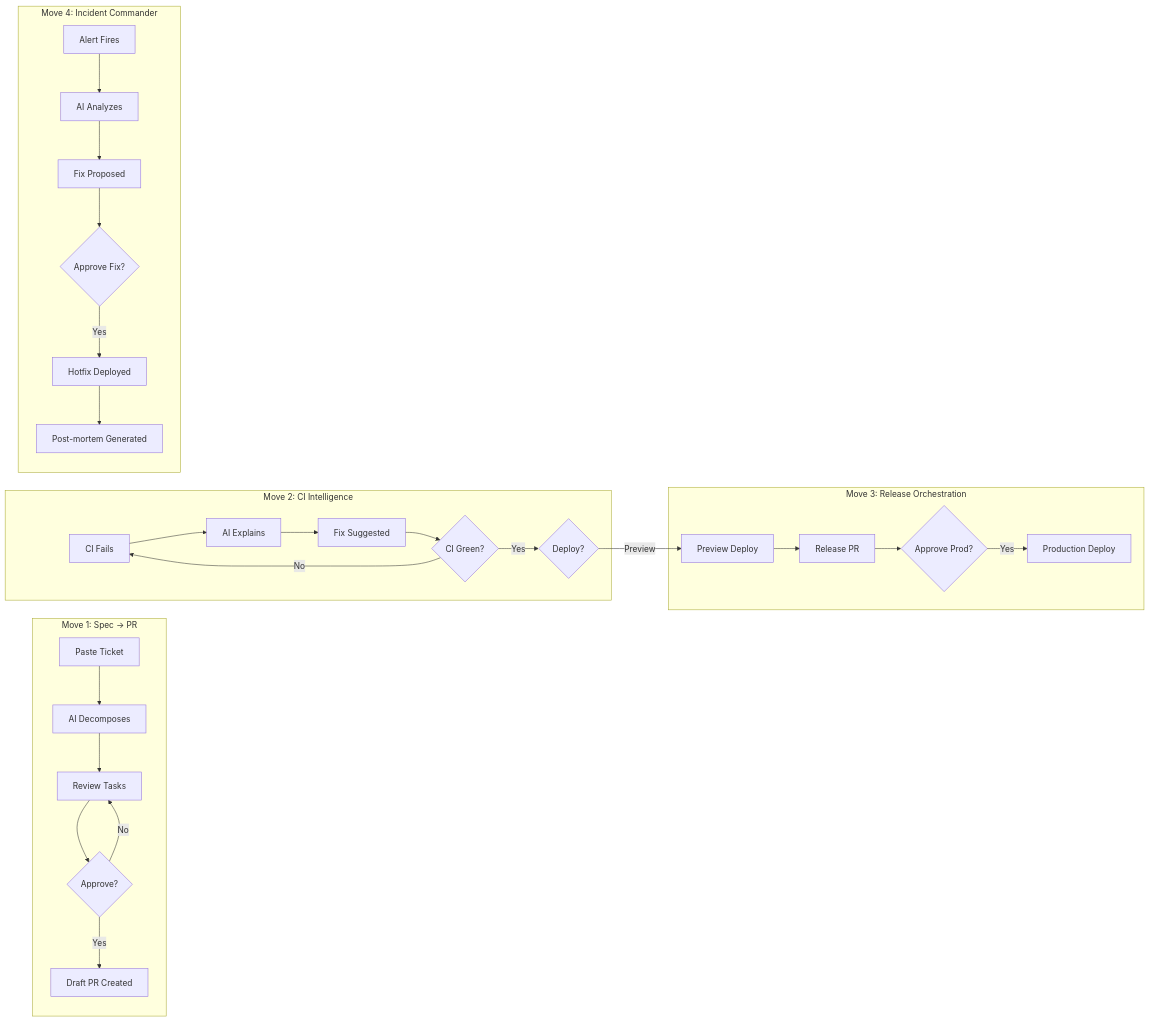
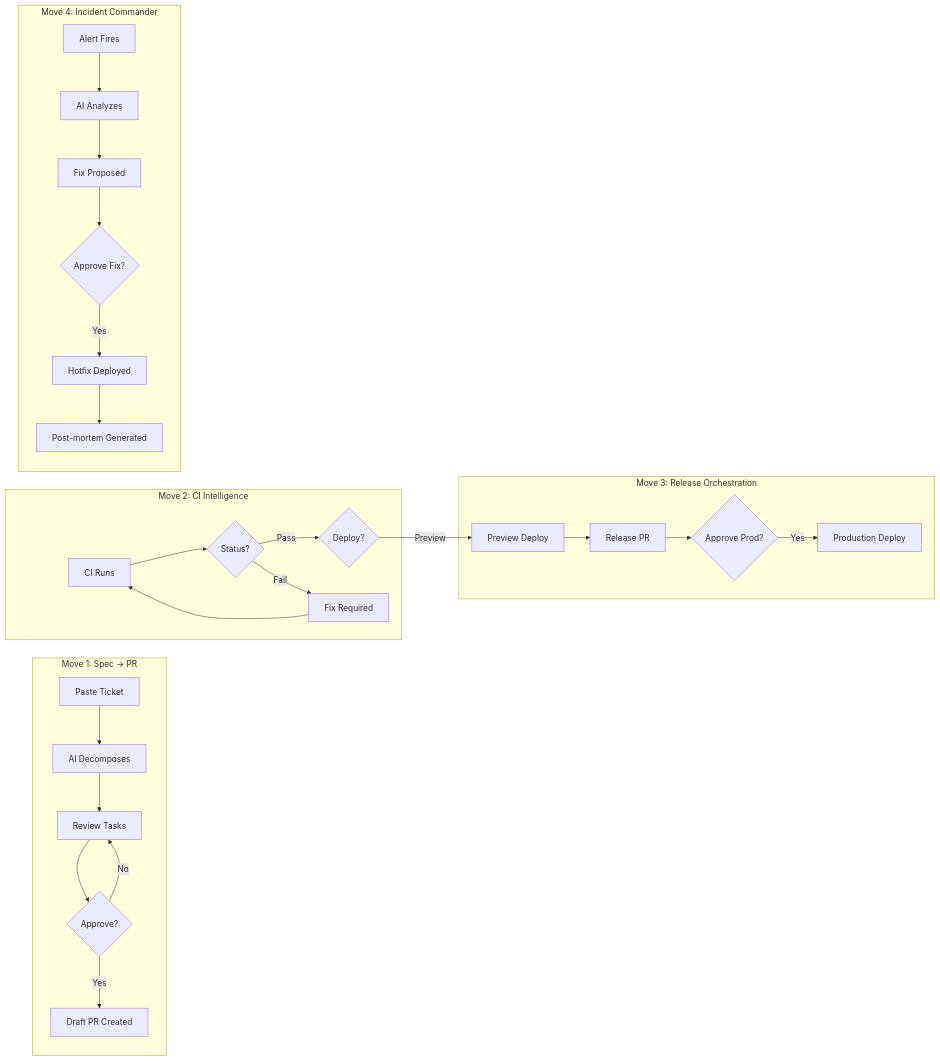
One commit to JeevantheDev/ShipBrain changed the second of 19 diagrams in SHIPBRAIN_PRD_FINAL.md. Above: the diagram before and after it, drawn with Mermaid. The commit also changed other lines of this file and 1 other file, not shown here.

````diff
--- a/SHIPBRAIN_PRD_FINAL.md
+++ b/SHIPBRAIN_PRD_FINAL.md
@@ -83,33 +82,32 @@
 ```mermaid
 flowchart LR
     subgraph "Move 1: Spec → PR"
         A[Paste Ticket] --> B[AI Decomposes]
         B --> C[Review Tasks]
         C --> D{Approve?}
         D -->|Yes| E[Draft PR Created]
         D -->|No| C
     end
 
     subgraph "Move 2: CI Intelligence"
-        F[CI Fails] --> G[AI Explains]
-        G --> H[Fix Suggested]
-        H --> I{CI Green?}
-        I -->|Yes| J{Deploy?}
-        I -->|No| F
+        F[CI Runs] --> G{Status?}
+        G -->|Pass| J{Deploy?}
+        G -->|Fail| H[Fix Required]
+        H --> F
     end
 
     subgraph "Move 3: Release Orchestration"
         J -->|Preview| K[Preview Deploy]
         K --> L[Release PR]
         L --> M{Approve Prod?}
         M -->|Yes| N[Production Deploy]
     end
 
     subgraph "Move 4: Incident Commander"
         O[Alert Fires] --> P[AI Analyzes]
         P --> Q[Fix Proposed]
         Q --> R{Approve Fix?}
         R -->|Yes| S[Hotfix Deployed]
         S --> T[Post-mortem Generated]
     end
 ```
````
